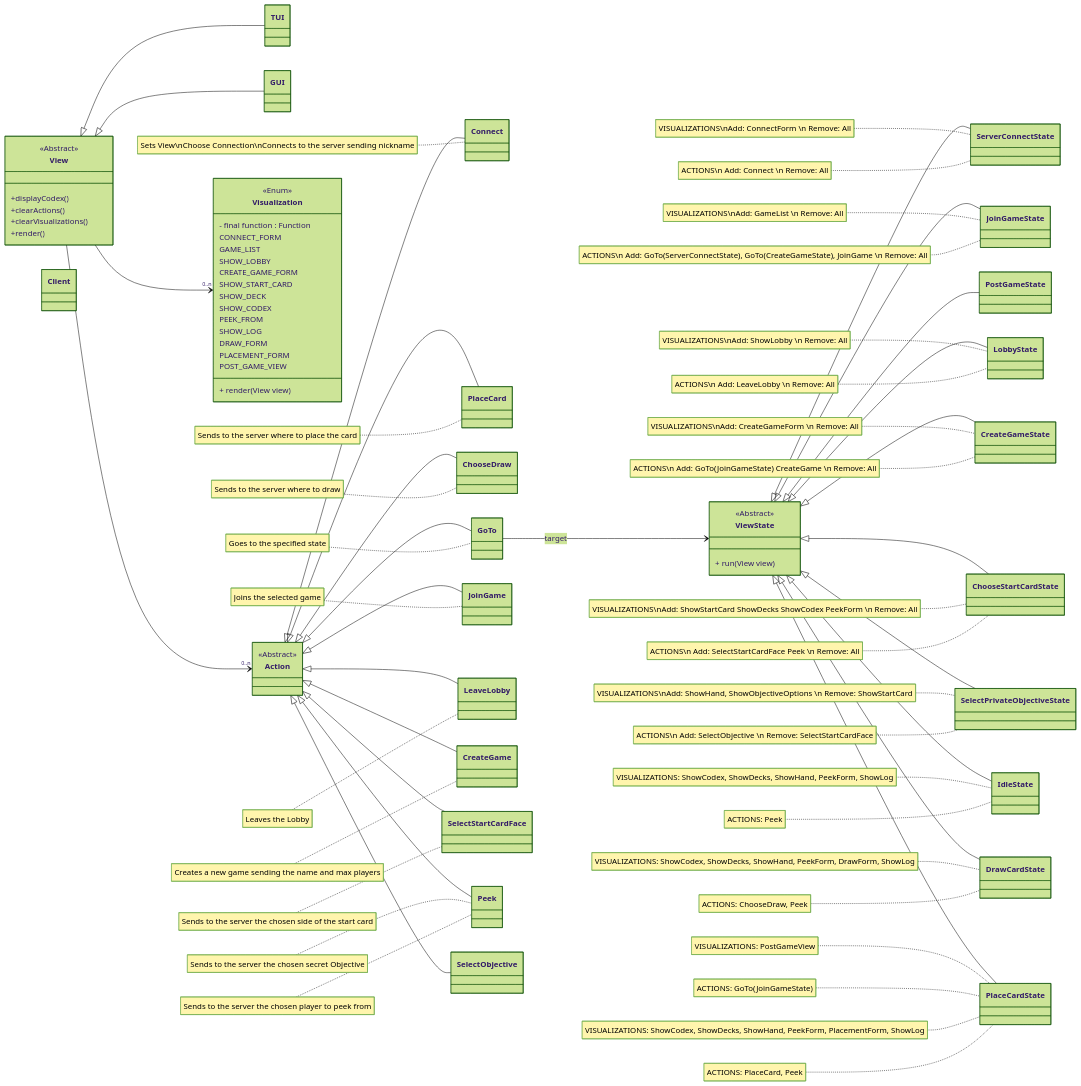
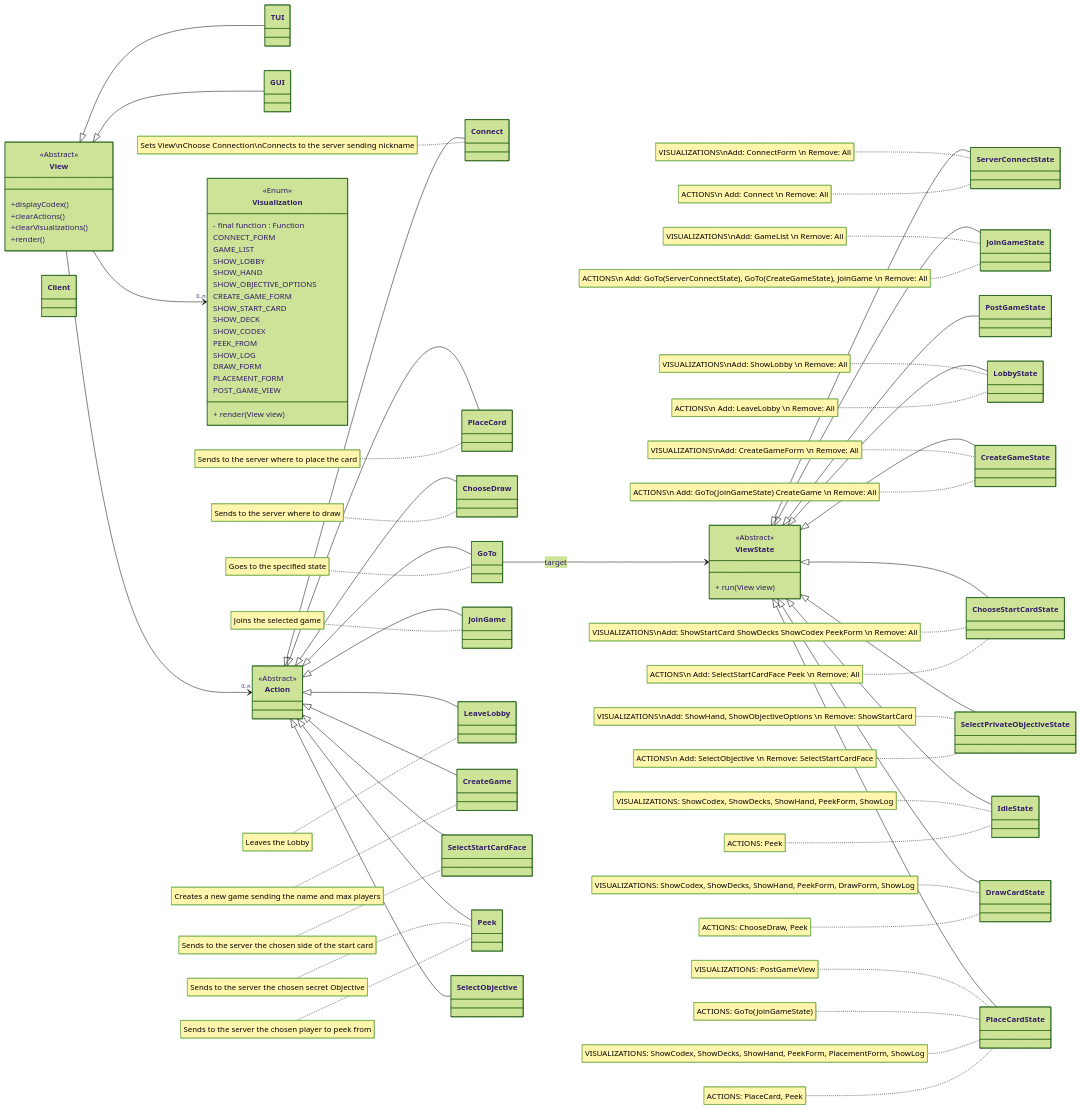
The diagram in deliverable/Uml_draft_view.md (Software-Engineering-Project-PoliMi2024/ing-sw-2024-Figini-Ginefra-Grisoni-Lanzafame), drawn with Mermaid (forest theme) before and after one commit. The commit also changed 7 other files, not shown here.

```diff
--- a/deliverable/Uml_draft_view.md
+++ b/deliverable/Uml_draft_view.md
@@ -131,6 +131,8 @@
         CONNECT_FORM
         GAME_LIST
         SHOW_LOBBY
+        SHOW_HAND
+        SHOW_OBJECTIVE_OPTIONS
         CREATE_GAME_FORM
         SHOW_START_CARD
         SHOW_DECK
```
